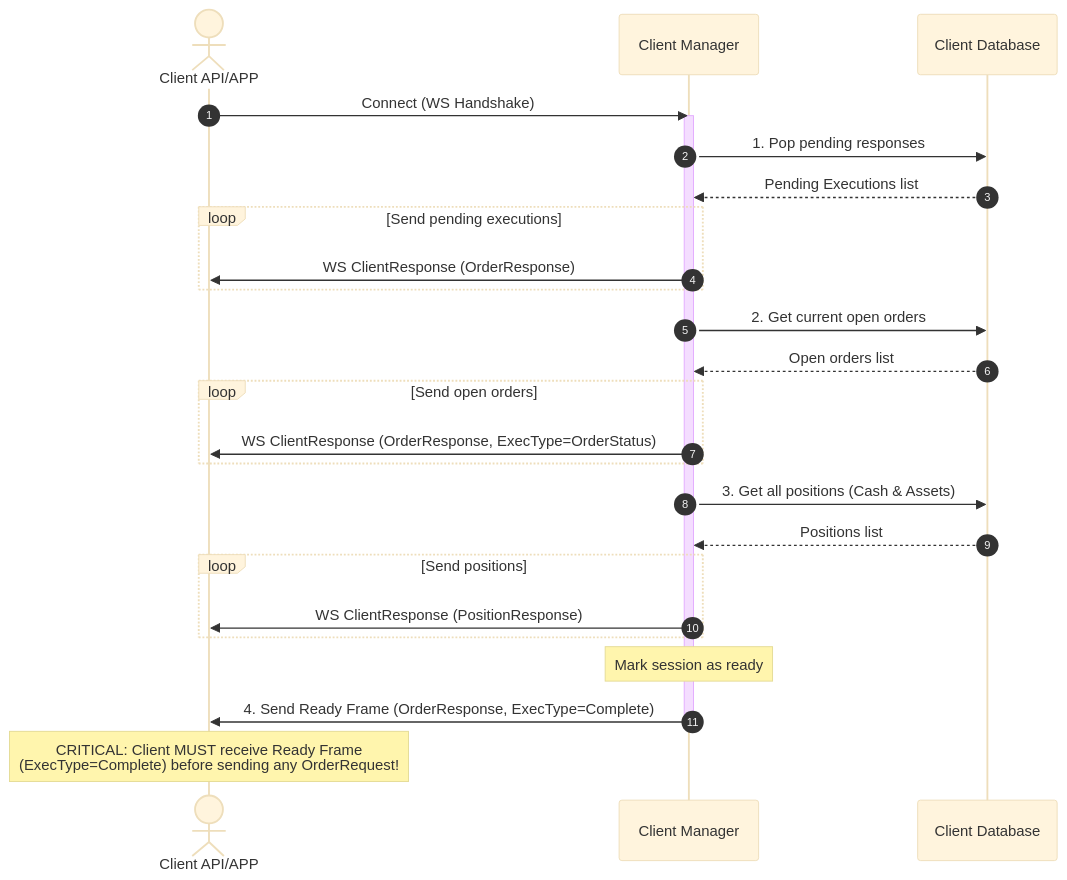
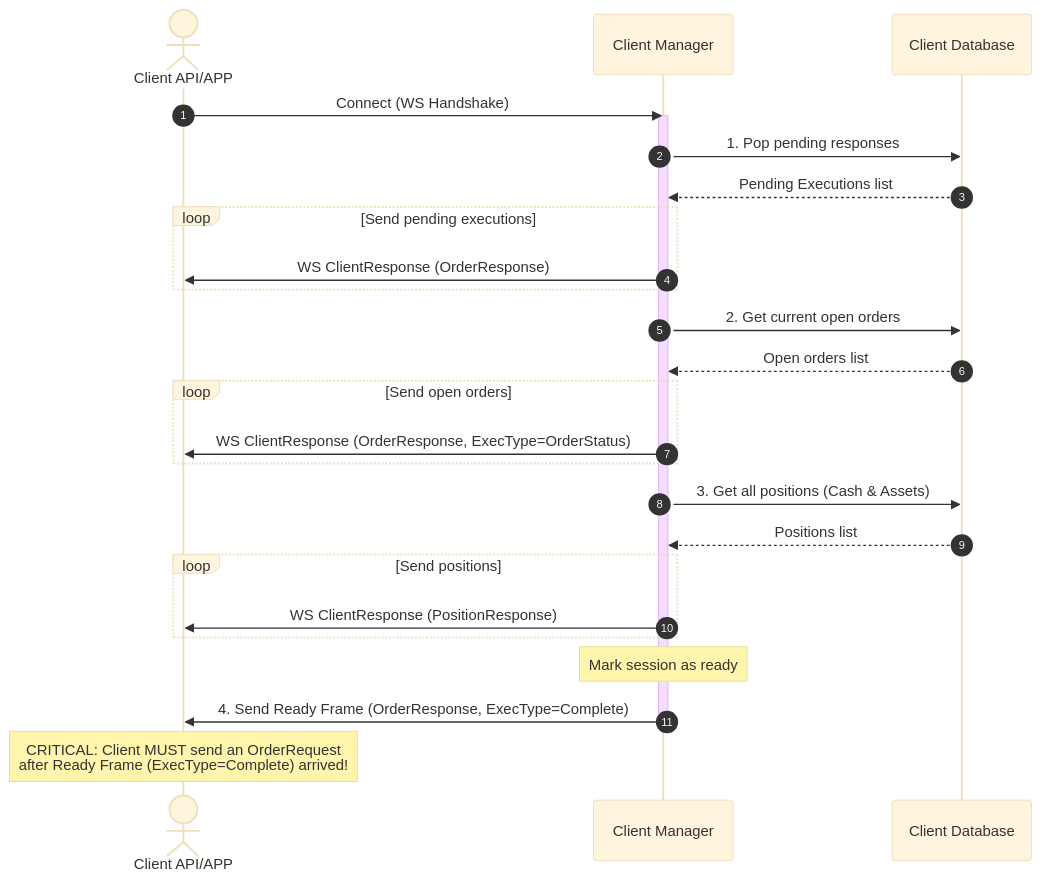
The first of 7 diagrams in README.md (harvey-euph/exchange), drawn with Mermaid (base theme) before and after one commit. The commit also changed other lines of this file, not shown here.

````diff
--- a/README.md
+++ b/README.md
@@ -26,34 +26,34 @@
 ```mermaid
 sequenceDiagram
     autonumber
     actor Client as Client API/APP
     participant CM as Client Manager
     participant DB as Client Database
 
     Client->>CM: Connect (WS Handshake)
     activate CM
     
     CM->>DB: 1. Pop pending responses
     DB-->>CM: Pending Executions list
     loop Send pending executions
         CM->>Client: WS ClientResponse (OrderResponse)
     end
     
     CM->>DB: 2. Get current open orders
     DB-->>CM: Open orders list
     loop Send open orders
         CM->>Client: WS ClientResponse (OrderResponse, ExecType=OrderStatus)
     end
 
     CM->>DB: 3. Get all positions (Cash & Assets)
     DB-->>CM: Positions list
     loop Send positions
         CM->>Client: WS ClientResponse (PositionResponse)
     end
 
     Note over CM: Mark session as ready
     CM->>Client: 4. Send Ready Frame (OrderResponse, ExecType=Complete)
     deactivate CM
 
-    Note over Client: CRITICAL: Client MUST receive Ready Frame<br/>(ExecType=Complete) before sending any OrderRequest!
+    Note over Client: CRITICAL: Client MUST send an OrderRequest<br/>after Ready Frame (ExecType=Complete) arrived!
 ```
````
